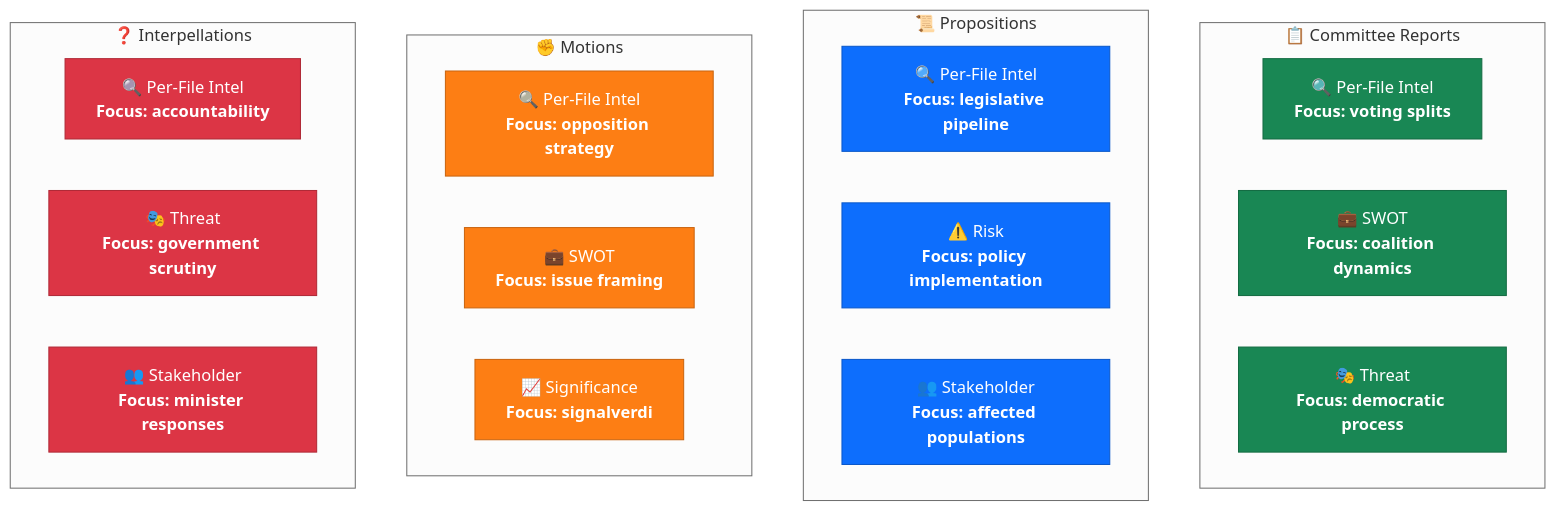
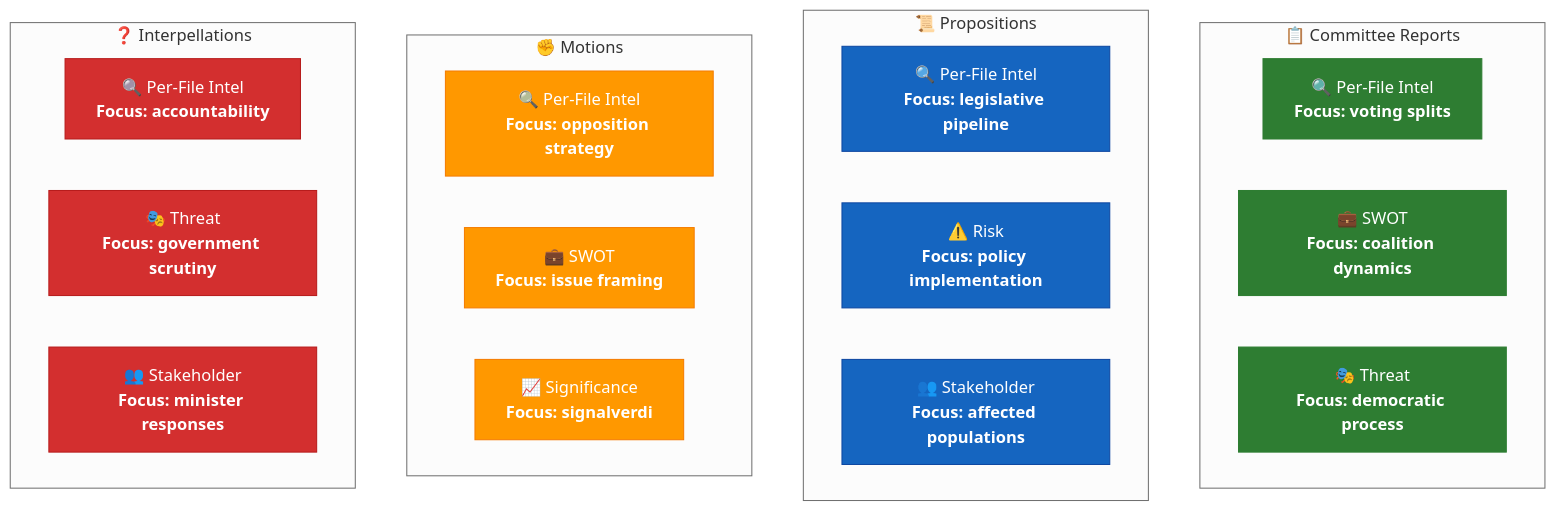
One commit to Hack23/riksdagsmonitor changed the eighth of 9 diagrams in analysis/templates/README.md. Above: the diagram before and after it, drawn with Mermaid (neutral theme). The commit also changed other lines of this file and 14 other files, not shown here.

First line of the commit message:
Align analysis/ mermaid diagrams with ISMS Style Guide palette and convert SWOT to quadrantChart

````diff
--- a/analysis/templates/README.md
+++ b/analysis/templates/README.md
@@ -548,39 +548,39 @@
 ```mermaid
 graph TB
     subgraph "📋 Committee Reports"
         CR_T1["🔍 Per-File Intel<br/><b>Focus: voting splits</b>"]
         CR_T2["💼 SWOT<br/><b>Focus: coalition dynamics</b>"]
         CR_T3["🎭 Threat<br/><b>Focus: democratic process</b>"]
     end
 
     subgraph "📜 Propositions"
         PR_T1["🔍 Per-File Intel<br/><b>Focus: legislative pipeline</b>"]
         PR_T2["⚠️ Risk<br/><b>Focus: policy implementation</b>"]
         PR_T3["👥 Stakeholder<br/><b>Focus: affected populations</b>"]
     end
 
     subgraph "✊ Motions"
         MO_T1["🔍 Per-File Intel<br/><b>Focus: opposition strategy</b>"]
         MO_T2["💼 SWOT<br/><b>Focus: issue framing</b>"]
         MO_T3["📈 Significance<br/><b>Focus: signalverdi</b>"]
     end
 
     subgraph "❓ Interpellations"
         IP_T1["🔍 Per-File Intel<br/><b>Focus: accountability</b>"]
         IP_T2["🎭 Threat<br/><b>Focus: government scrutiny</b>"]
         IP_T3["👥 Stakeholder<br/><b>Focus: minister responses</b>"]
     end
 
-    style CR_T1 fill:#198754,color:#fff,stroke:#146c43
-    style CR_T2 fill:#198754,color:#fff,stroke:#146c43
-    style CR_T3 fill:#198754,color:#fff,stroke:#146c43
-    style PR_T1 fill:#0d6efd,color:#fff,stroke:#0a58ca
-    style PR_T2 fill:#0d6efd,color:#fff,stroke:#0a58ca
-    style PR_T3 fill:#0d6efd,color:#fff,stroke:#0a58ca
-    style MO_T1 fill:#fd7e14,color:#fff,stroke:#ca6510
-    style MO_T2 fill:#fd7e14,color:#fff,stroke:#ca6510
-    style MO_T3 fill:#fd7e14,color:#fff,stroke:#ca6510
-    style IP_T1 fill:#dc3545,color:#fff,stroke:#b02a37
-    style IP_T2 fill:#dc3545,color:#fff,stroke:#b02a37
-    style IP_T3 fill:#dc3545,color:#fff,stroke:#b02a37
+    style CR_T1 fill:#2E7D32,color:#FFFFFF,stroke:#2E7D32
+    style CR_T2 fill:#2E7D32,color:#FFFFFF,stroke:#2E7D32
+    style CR_T3 fill:#2E7D32,color:#FFFFFF,stroke:#2E7D32
+    style PR_T1 fill:#1565C0,color:#FFFFFF,stroke:#0D47A1
+    style PR_T2 fill:#1565C0,color:#FFFFFF,stroke:#0D47A1
+    style PR_T3 fill:#1565C0,color:#FFFFFF,stroke:#0D47A1
+    style MO_T1 fill:#FF9800,color:#FFFFFF,stroke:#F57C00
+    style MO_T2 fill:#FF9800,color:#FFFFFF,stroke:#F57C00
+    style MO_T3 fill:#FF9800,color:#FFFFFF,stroke:#F57C00
+    style IP_T1 fill:#D32F2F,color:#FFFFFF,stroke:#B71C1C
+    style IP_T2 fill:#D32F2F,color:#FFFFFF,stroke:#B71C1C
+    style IP_T3 fill:#D32F2F,color:#FFFFFF,stroke:#B71C1C
 ```
````
